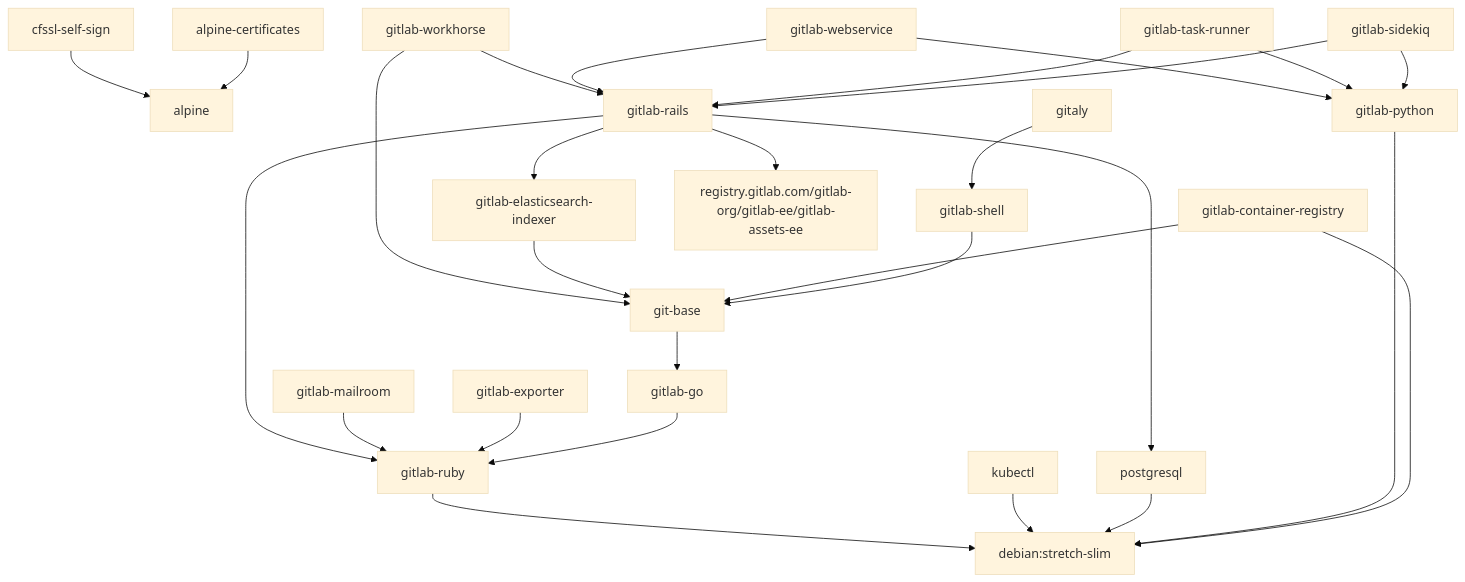
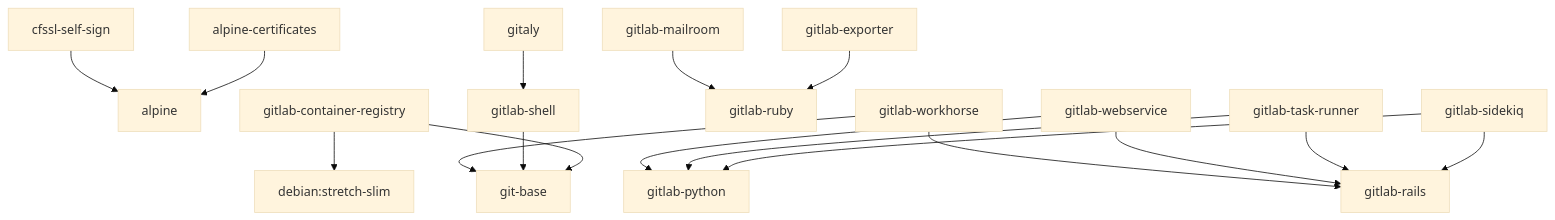
One commit to tachyons/gitlab-pages changed the second of 2 diagrams in docs/build.md. Above: the diagram before and after it, drawn with Mermaid (base theme).

Commit message:
Restructure dependency chart into final and intermediate stages

````diff
--- a/docs/build.md
+++ b/docs/build.md
@@ -105,36 +124,19 @@
 ```mermaid
 graph TD;
   alpine-certificates-->alpine;
   cfssl-self-sign-->alpine;
+  gitaly-->gitlab-shell;
   gitlab-container-registry-->debian:stretch-slim;
-  gitlab-python-->debian:stretch-slim;
-  postgresql-->debian:stretch-slim;
-  kubectl-->debian:stretch-slim;
-
+  gitlab-container-registry-->git-base;
+  gitlab-exporter-->gitlab-ruby;
+  gitlab-mailroom-->gitlab-ruby;
+  gitlab-shell-->git-base;
   gitlab-sidekiq-->gitlab-python;
+  gitlab-sidekiq-->gitlab-rails;
+  gitlab-task-runner-->gitlab-rails;
   gitlab-task-runner-->gitlab-python;
   gitlab-webservice-->gitlab-python;
-
-  gitlab-rails-->postgresql;
-
-  gitlab-ruby-->debian:stretch-slim;
-  gitlab-go-->gitlab-ruby;
-  git-base-->gitlab-go;
-  gitlab-shell-->git-base;
-  gitaly-->gitlab-shell;
-
-  gitlab-container-registry-->git-base;
-  gitlab-elasticsearch-indexer-->git-base;
-  gitlab-rails-->gitlab-elasticsearch-indexer;
-  gitlab-workhorse-->git-base;
-  gitlab-exporter-->gitlab-ruby;
-  gitlab-mailroom-->gitlab-ruby;
-  gitlab-rails-->gitlab-ruby;
-
-  gitlab-sidekiq-->gitlab-rails;
-  gitlab-task-runner-->gitlab-rails;
   gitlab-webservice-->gitlab-rails;
   gitlab-workhorse-->gitlab-rails;
-
-  gitlab-rails-->registry.gitlab.com/gitlab-org/gitlab-ee/gitlab-assets-ee
+  gitlab-workhorse-->git-base;
 ```
````
